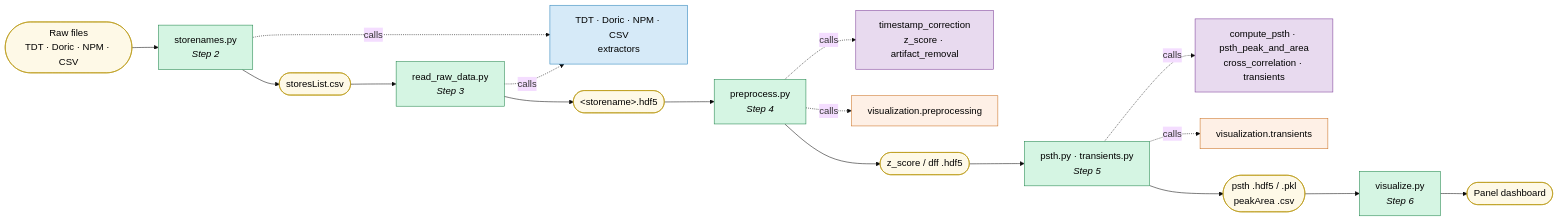
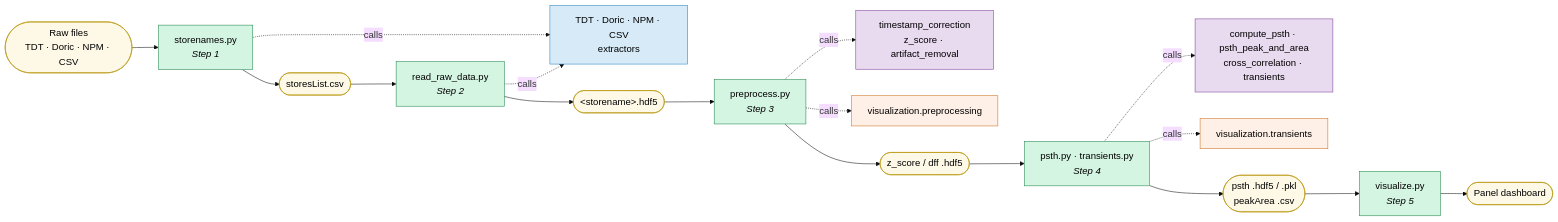
One commit to LernerLab/GuPPy changed the third of 3 diagrams in docs/architecture.md. Above: the diagram before and after it, drawn with Mermaid. The commit also changed other lines of this file and 19 other files, not shown here.

````diff
--- a/docs/architecture.md
+++ b/docs/architecture.md
@@ -130,44 +130,44 @@
 ```mermaid
 %%{init: {'theme': 'base', 'themeVariables': {'fontSize': '18px'}}}%%
 flowchart LR
     RAW(["Raw files<br/>TDT · Doric · NPM · CSV"])
 
-    S2["storenames.py<br/><i>Step 2</i>"]
+    S2["storenames.py<br/><i>Step 1</i>"]
     F1(["storesList.csv"])
 
-    S3["read_raw_data.py<br/><i>Step 3</i>"]
+    S3["read_raw_data.py<br/><i>Step 2</i>"]
     EX["TDT · Doric · NPM · CSV<br/>extractors"]
     F2(["&lt;storename&gt;.hdf5"])
 
-    S4["preprocess.py<br/><i>Step 4</i>"]
+    S4["preprocess.py<br/><i>Step 3</i>"]
     A4["timestamp_correction<br/>z_score · artifact_removal"]
     V4["visualization.preprocessing"]
     F3(["z_score / dff .hdf5"])
 
-    S5["psth.py · transients.py<br/><i>Step 5</i>"]
+    S5["psth.py · transients.py<br/><i>Step 4</i>"]
     A5["compute_psth · psth_peak_and_area<br/>cross_correlation · transients"]
     V5["visualization.transients"]
     F4(["psth .hdf5 / .pkl<br/>peakArea .csv"])
 
-    S6["visualize.py<br/><i>Step 6</i>"]
+    S6["visualize.py<br/><i>Step 5</i>"]
     DASH(["Panel dashboard"])
 
     RAW --> S2 --> F1 --> S3 --> F2 --> S4 --> F3 --> S5 --> F4 --> S6 --> DASH
     S2 -. calls .-> EX
     S3 -. calls .-> EX
     S4 -. calls .-> A4
     S4 -. calls .-> V4
     S5 -. calls .-> A5
     S5 -. calls .-> V5
 
     classDef orch fill:#d5f5e3,stroke:#1e8449,color:#000
     classDef ext fill:#d6eaf8,stroke:#2980b9,color:#000
     classDef anal fill:#e8daef,stroke:#7d3c98,color:#000
     classDef viz fill:#fef0e6,stroke:#ca6f1e,color:#000
     classDef file fill:#fef9e7,stroke:#b7950b,color:#000
     class S2,S3,S4,S5,S6 orch
     class EX ext
     class A4,A5 anal
     class V4,V5 viz
     class RAW,F1,F2,F3,F4,DASH file
 ```
````
